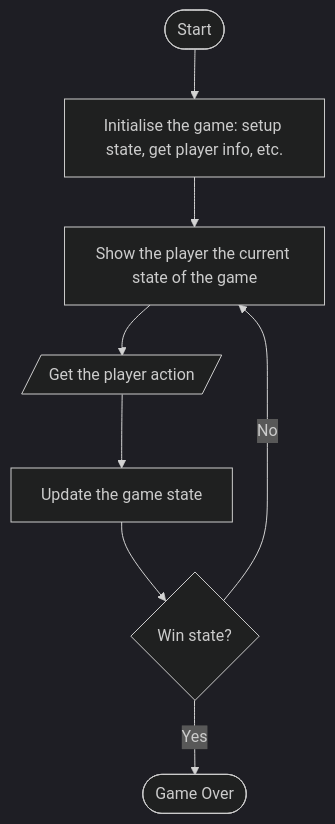
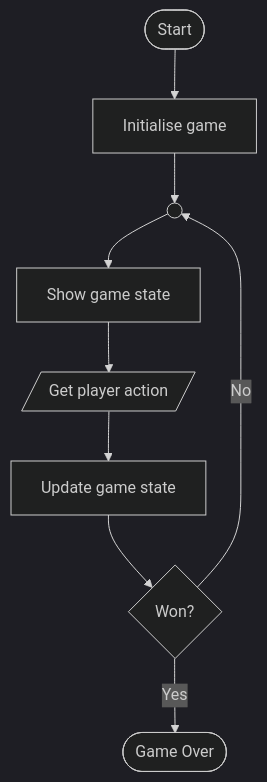
One commit to waimea-dt/how-do-i changed the diagram in docs/programming/algorithms/games.md. Above: the diagram before and after it, drawn with Mermaid (dark theme). The commit also changed 4 other files, not shown here.

Commit message:
Mermaid styling

````diff
--- a/docs/programming/algorithms/games.md
+++ b/docs/programming/algorithms/games.md
@@ -7,10 +7,17 @@
 ```mermaid
 flowchart TD
-    A([Start]) --> B[Initialise the game: setup state, get player info, etc.]
-    B --> D[Show the player the current state of the game]
-    D --> E[/Get the player action/]
-    E --> F[Update the game state]
-    F --> G{Win state?}
-    G -- Yes --> H([Game Over])
-    G -- No --> D
+    %% Define nodes
+    start([Start])
+    init[Initialise game]
+    loop(( ))
+    show[Show game state]
+    input[/Get player action/]
+    update[Update game state]
+    win{Won?}
+    over([Game Over])
+
+    %% Define links
+    start --> init --> loop --> show --> input --> update --> win
+    win -- Yes --> over
+    win -- No --> loop
 ```
````
